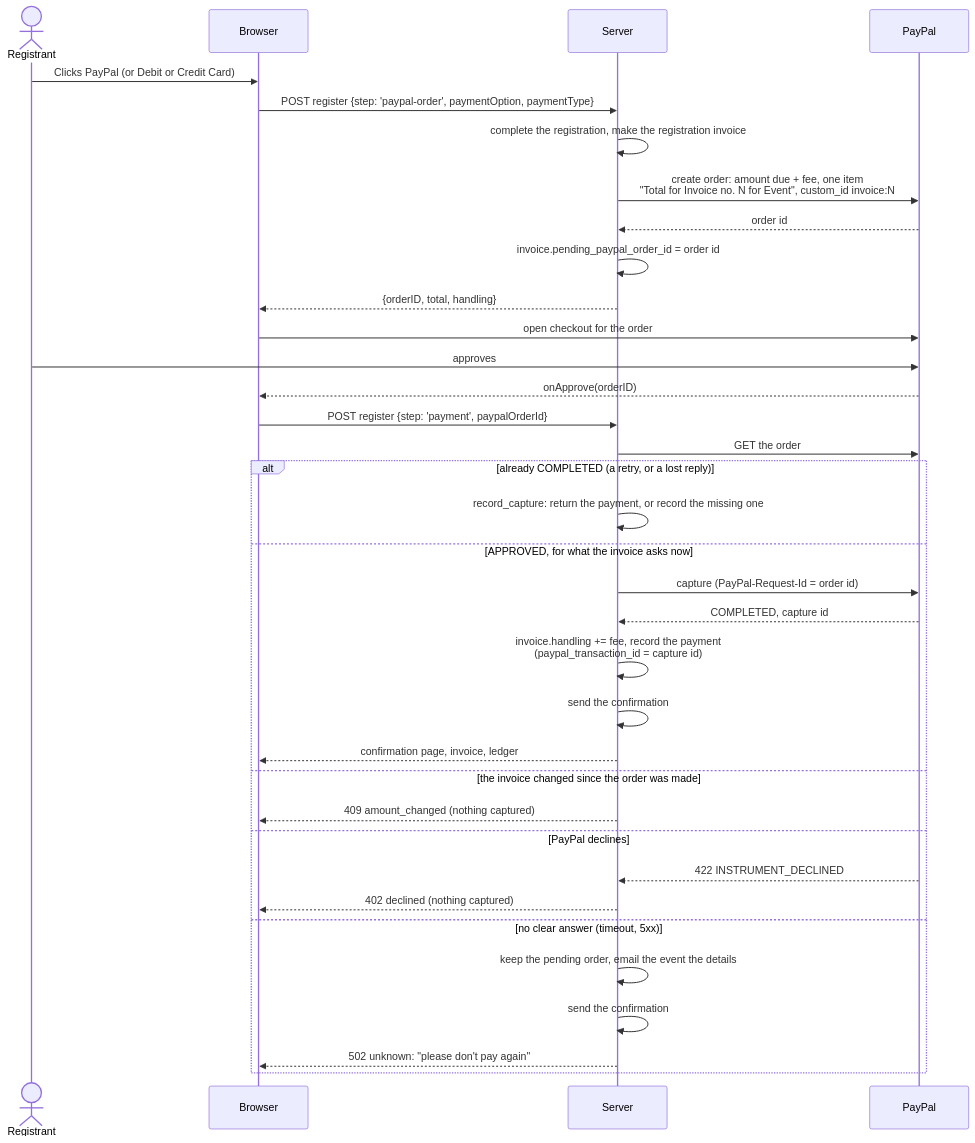
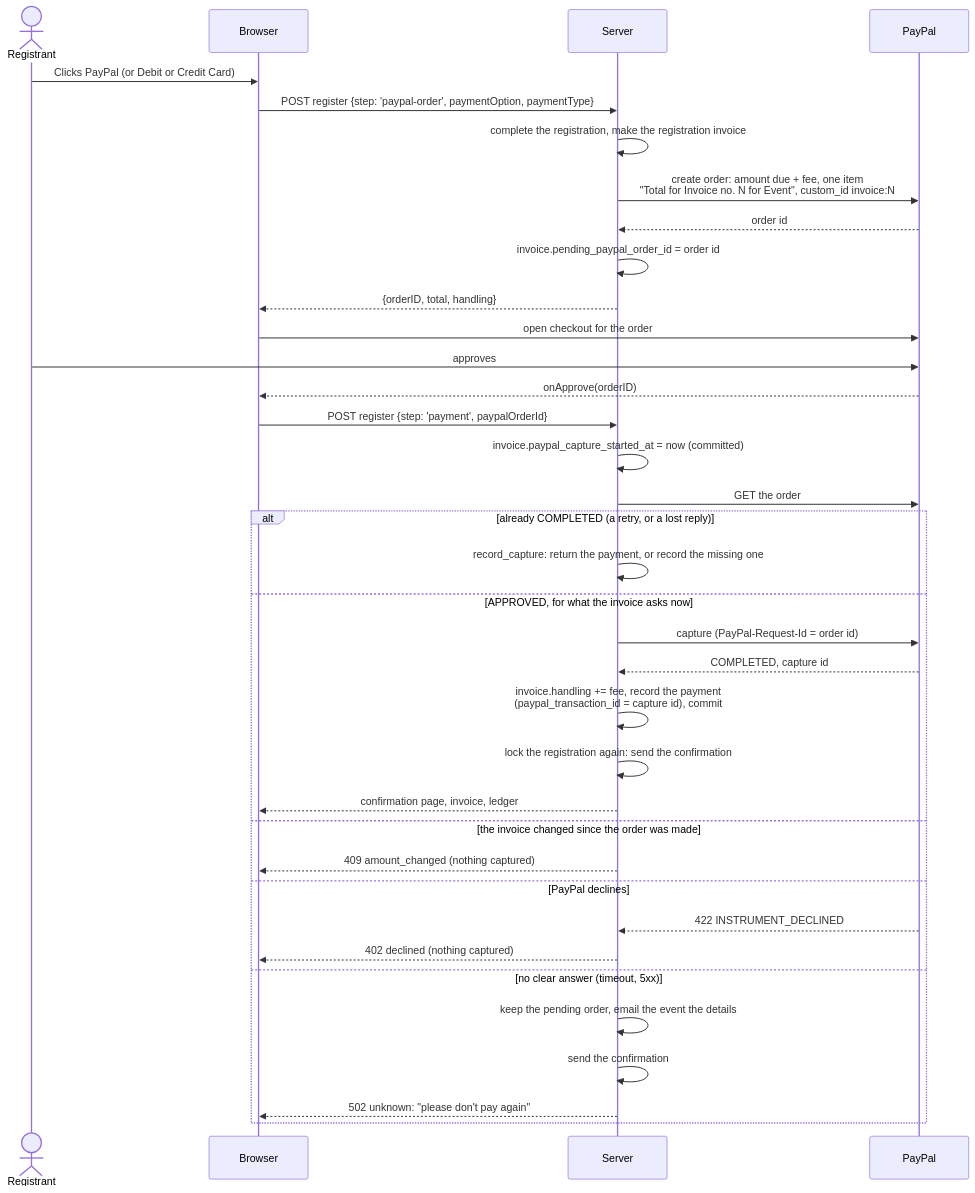
Before and after one commit to camphoric/camphoric: the fourth of 12 diagrams in doc/payments.md, drawn with Mermaid. The commit also changed other lines of this file and 9 other files, not shown here.

First line of the commit message:
fix(register): commit a PayPal capture before confirming it

````diff
--- a/doc/payments.md
+++ b/doc/payments.md
@@ -196,37 +198,38 @@
 ```mermaid
 sequenceDiagram
     actor R as Registrant
     participant B as Browser
     participant S as Server
     participant P as PayPal
     R->>B: Clicks PayPal (or Debit or Credit Card)
     B->>S: POST register {step: 'paypal-order', paymentOption, paymentType}
     S->>S: complete the registration, make the registration invoice
     S->>P: create order: amount due + fee, one item<br/>"Total for Invoice no. N for Event", custom_id invoice:N
     P-->>S: order id
     S->>S: invoice.pending_paypal_order_id = order id
     S-->>B: {orderID, total, handling}
     B->>P: open checkout for the order
     R->>P: approves
     P-->>B: onApprove(orderID)
     B->>S: POST register {step: 'payment', paypalOrderId}
+    S->>S: invoice.paypal_capture_started_at = now (committed)
     S->>P: GET the order
     alt already COMPLETED (a retry, or a lost reply)
         S->>S: record_capture: return the payment, or record the missing one
     else APPROVED, for what the invoice asks now
         S->>P: capture (PayPal-Request-Id = order id)
         P-->>S: COMPLETED, capture id
-        S->>S: invoice.handling += fee, record the payment<br/>(paypal_transaction_id = capture id)
-        S->>S: send the confirmation
+        S->>S: invoice.handling += fee, record the payment<br/>(paypal_transaction_id = capture id), commit
+        S->>S: lock the registration again: send the confirmation
         S-->>B: confirmation page, invoice, ledger
     else the invoice changed since the order was made
         S-->>B: 409 amount_changed (nothing captured)
     else PayPal declines
         P-->>S: 422 INSTRUMENT_DECLINED
         S-->>B: 402 declined (nothing captured)
     else no clear answer (timeout, 5xx)
         S->>S: keep the pending order, email the event the details
         S->>S: send the confirmation
         S-->>B: 502 unknown: "please don't pay again"
     end
 ```
````
